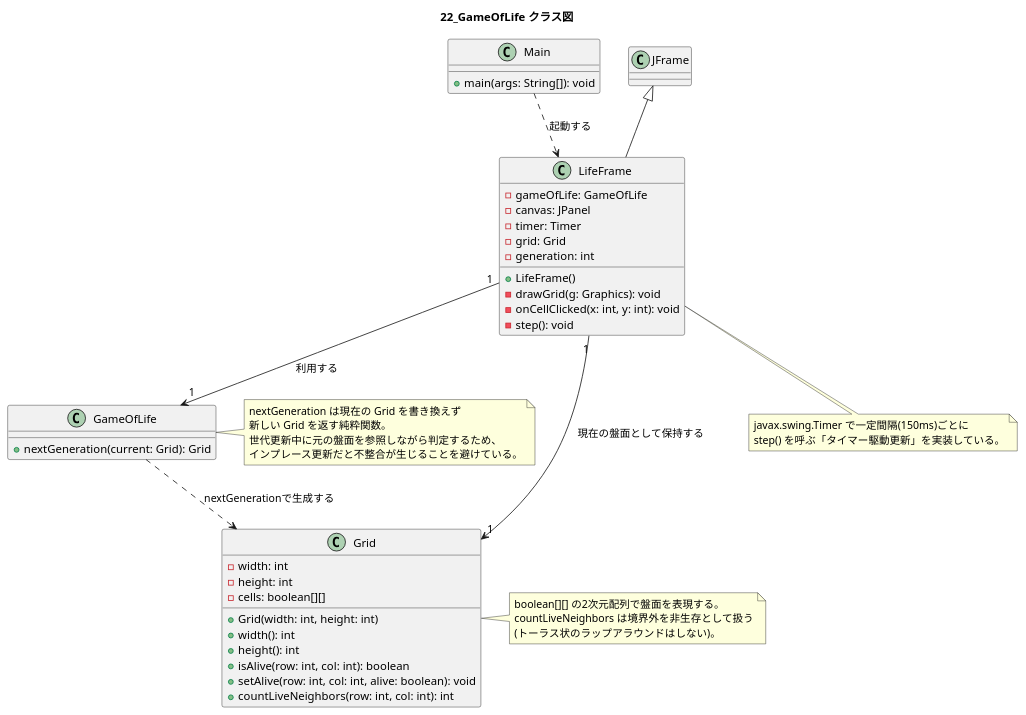
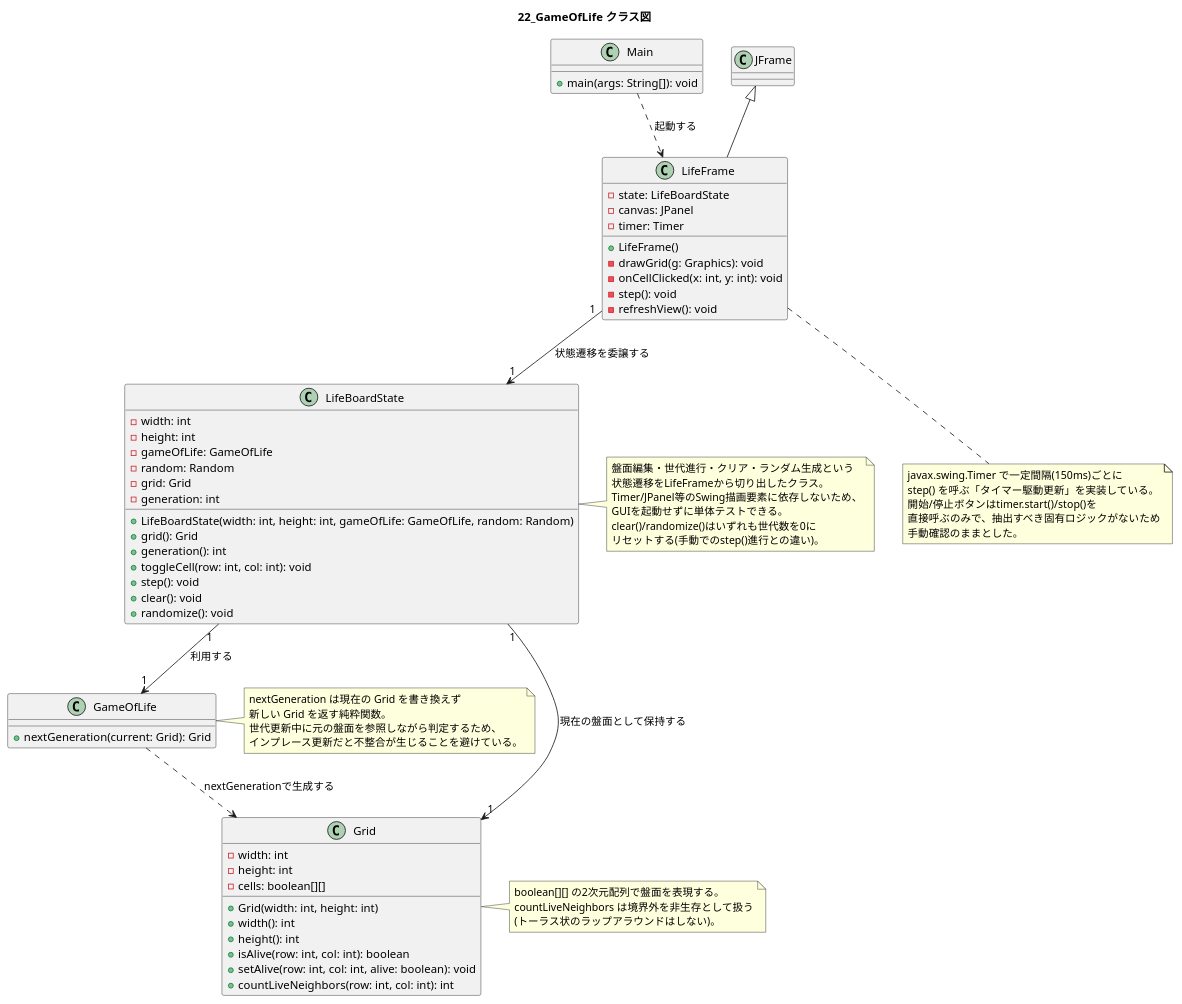
One commit to ExperimentalHobby/JavaLearningLab changed the diagram in docs/design/22_GameOfLife/diagrams/class-diagram.puml. Above: the diagram before and after it, drawn with PlantUML. The commit also changed 4 other files, not shown here.

First line of the commit message:
test: 22_GameOfLifeにLifeBoardStateを切り出しGUI状態遷移をテスト可能にする

```diff
--- a/docs/design/22_GameOfLife/diagrams/class-diagram.puml
+++ b/docs/design/22_GameOfLife/diagrams/class-diagram.puml
@@ -1,61 +1,89 @@
 @startuml class-diagram
 skinparam defaultFontName VL Gothic
 
 title 22_GameOfLife クラス図
 
 class Grid {
   -width: int
   -height: int
   -cells: boolean[][]
   +Grid(width: int, height: int)
   +width(): int
   +height(): int
   +isAlive(row: int, col: int): boolean
   +setAlive(row: int, col: int, alive: boolean): void
   +countLiveNeighbors(row: int, col: int): int
 }
 
 class GameOfLife {
   +nextGeneration(current: Grid): Grid
 }
 
 class Main {
   +main(args: String[]): void
 }
 
 class LifeFrame extends JFrame {
-  -gameOfLife: GameOfLife
+  -state: LifeBoardState
   -canvas: JPanel
   -timer: Timer
-  -grid: Grid
-  -generation: int
   +LifeFrame()
   -drawGrid(g: Graphics): void
   -onCellClicked(x: int, y: int): void
   -step(): void
+  -refreshView(): void
+}
+
+class LifeBoardState {
+  -width: int
+  -height: int
+  -gameOfLife: GameOfLife
+  -random: Random
+  -grid: Grid
+  -generation: int
+  +LifeBoardState(width: int, height: int, gameOfLife: GameOfLife, random: Random)
+  +grid(): Grid
+  +generation(): int
+  +toggleCell(row: int, col: int): void
+  +step(): void
+  +clear(): void
+  +randomize(): void
 }
 
 Main ..> LifeFrame : 起動する
-LifeFrame "1" --> "1" GameOfLife : 利用する
-LifeFrame "1" --> "1" Grid : 現在の盤面として保持する
+LifeFrame "1" --> "1" LifeBoardState : 状態遷移を委譲する
+LifeBoardState "1" --> "1" GameOfLife : 利用する
+LifeBoardState "1" --> "1" Grid : 現在の盤面として保持する
 GameOfLife ..> Grid : nextGenerationで生成する
 
 note right of GameOfLife
   nextGeneration は現在の Grid を書き換えず
   新しい Grid を返す純粋関数。
   世代更新中に元の盤面を参照しながら判定するため、
   インプレース更新だと不整合が生じることを避けている。
 end note
 
 note right of Grid
   boolean[][] の2次元配列で盤面を表現する。
   countLiveNeighbors は境界外を非生存として扱う
   (トーラス状のラップアラウンドはしない)。
 end note
 
+note right of LifeBoardState
+  盤面編集・世代進行・クリア・ランダム生成という
+  状態遷移をLifeFrameから切り出したクラス。
+  Timer/JPanel等のSwing描画要素に依存しないため、
+  GUIを起動せずに単体テストできる。
+  clear()/randomize()はいずれも世代数を0に
+  リセットする(手動でのstep()進行との違い)。
+end note
+
 note bottom of LifeFrame
   javax.swing.Timer で一定間隔(150ms)ごとに
   step() を呼ぶ「タイマー駆動更新」を実装している。
+  開始/停止ボタンはtimer.start()/stop()を
+  直接呼ぶのみで、抽出すべき固有ロジックがないため
+  手動確認のままとした。
 end note
 
 @enduml
```
